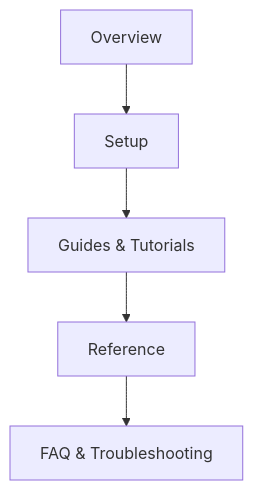
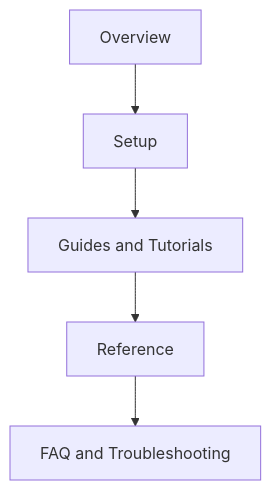
Before and after one commit to OlesyaTheBest/MyRule: the diagram in TechnicalDocumentation.md, drawn with Mermaid. The commit also changed other lines of this file, not shown here.

````diff
--- a/TechnicalDocumentation.md
+++ b/TechnicalDocumentation.md
@@ -18,7 +18,7 @@
 ```mermaid
 graph TD
     A[Overview] --> B[Setup]
-    B --> C[Guides & Tutorials]
+    B --> C[Guides and Tutorials]
     C --> D[Reference]
-    D --> E[FAQ & Troubleshooting]
+    D --> E[FAQ and Troubleshooting]
 ```
````
